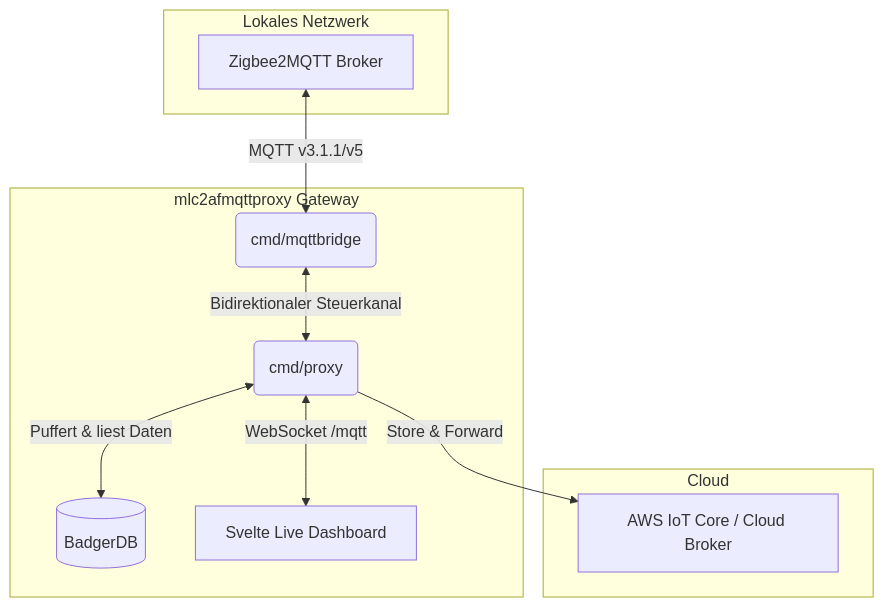
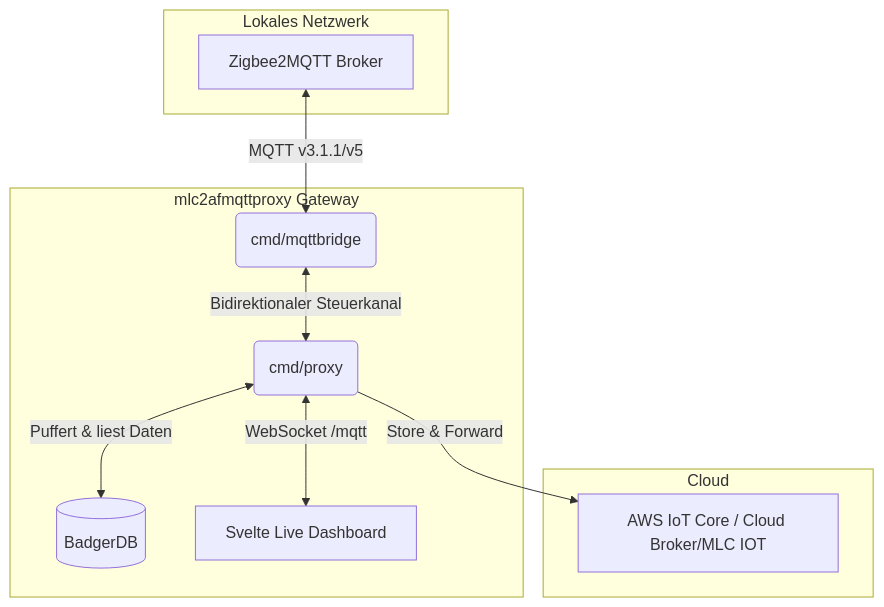
The diagram in README.md (mlechner911/mlc2afmqttproxy), drawn with Mermaid before and after one commit. The commit also changed other lines of this file and 7 other files, not shown here.

````diff
--- a/README.md
+++ b/README.md
@@ -34,24 +40,24 @@
 ```mermaid
 graph TD
   subgraph local [Lokales Netzwerk]
     Z2M[Zigbee2MQTT Broker]
   end
 
   subgraph gateway [mlc2afmqttproxy Gateway]
     Bridge(cmd/mqttbridge)
     Proxy(cmd/proxy)
     DB[(BadgerDB)]
     UI[Svelte Live Dashboard]
   end
 
   subgraph cloud [Cloud]
-    AWS[AWS IoT Core / Cloud Broker]
+    AWS[AWS IoT Core / Cloud Broker/MLC IOT]
   end
 
   Z2M <-->|MQTT v3.1.1/v5| Bridge
   Bridge <-->|Bidirektionaler Steuerkanal| Proxy
   Proxy <-->|Puffert & liest Daten| DB
   Proxy -->|Store & Forward| AWS
   Proxy <-->|WebSocket /mqtt| UI
 
 ```
````
